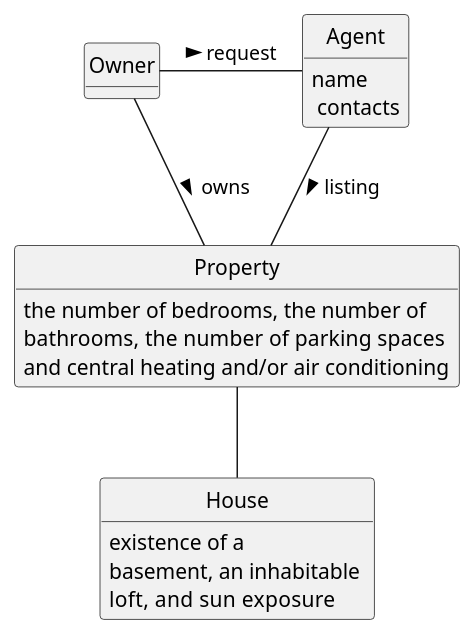
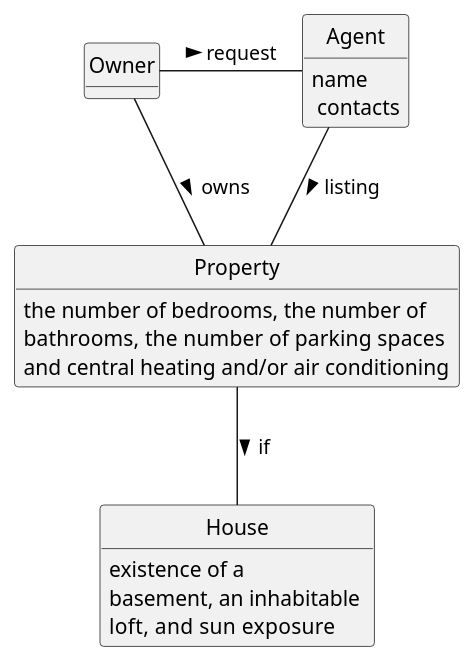
Before and after one commit to Rodrick0209/ISEP-LAPR2-22-23: the diagram in docs/sprintA/us004/02.analysis/puml/us004-domain-model.puml, drawn with PlantUML. The commit also changed 1 other file, not shown here.

```diff
--- a/docs/sprintA/us004/02.analysis/puml/us004-domain-model.puml
+++ b/docs/sprintA/us004/02.analysis/puml/us004-domain-model.puml
@@ -1,50 +1,50 @@
 @startuml
 skinparam monochrome true
 skinparam packageStyle rectangle
 skinparam shadowing false
 
 'left to right direction
 
 skinparam classAttributeIconSize 0
 
 hide circle
 hide methods
 
 
 'title Domain Model
 
 'class Platform {
 '  -description
 '}
 
 class Owner
 
 class House{
 existence of a
 basement, an inhabitable \nloft,  and sun exposure
 }
 
 class Property  {
     the number of bedrooms, the number of \nbathrooms,  the number of parking spaces \nand central heating and/or air conditioning
 }
 
 class Agent {
     name \n contacts
 
 }
 
 'class User {
 '    name
 '    email
 '    password
 '}
 
 'Platform  -- "*" Owner : has registered >
 'Platform -- "*" Category : defines >
 Owner  -Agent : request >
 Owner  - Property: owns >
 'Property  --  Real Estate Agent: created by >
 Agent  --  Property : listing >
 'Agent  --  User: acts as >
-Property -- House
+Property -- House : if >
 @enduml
```
